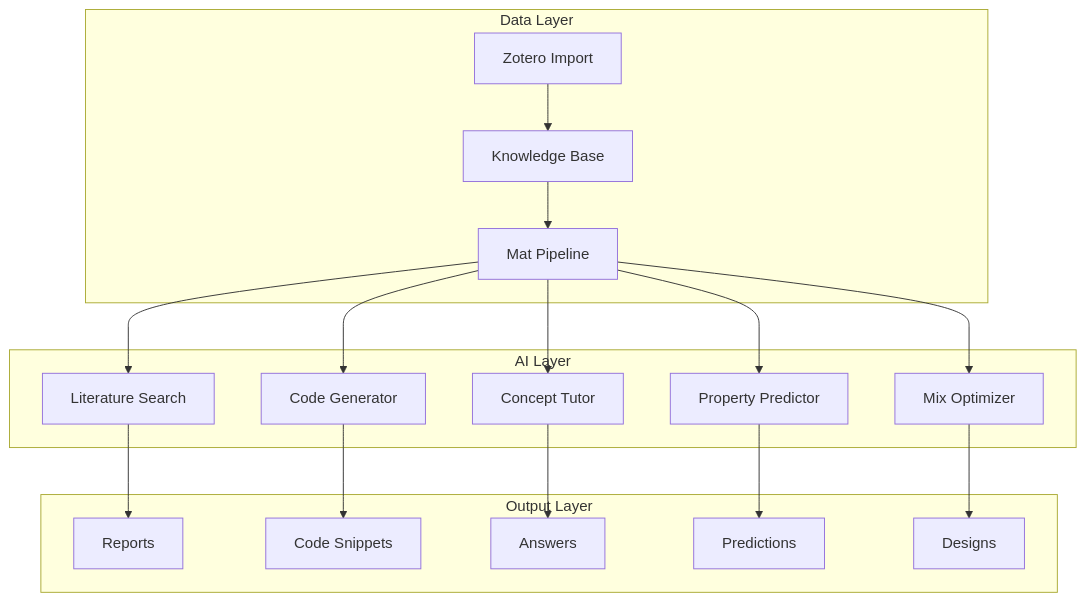
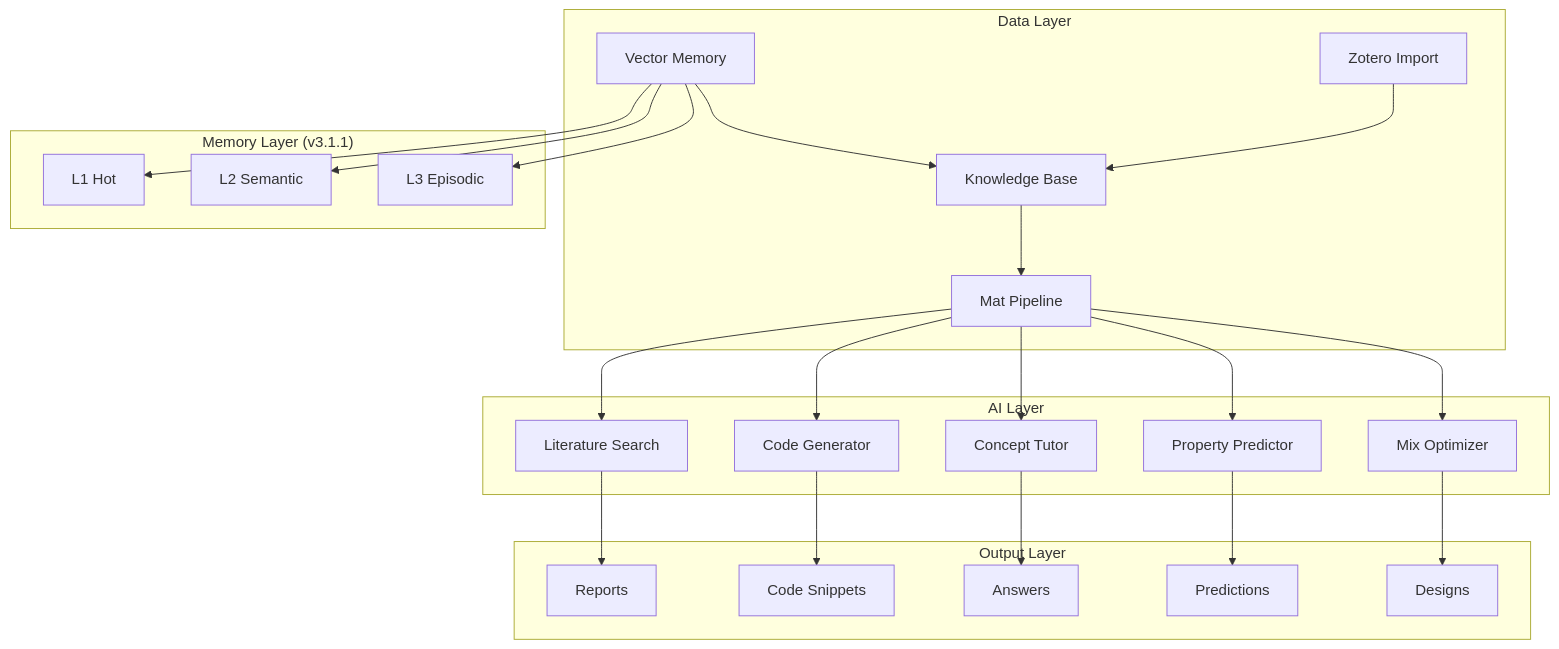
The diagram in README.md (tsingxuanhan/materials-ai-kit), drawn with Mermaid before and after one commit. The commit also changed other lines of this file, not shown here.

Commit message:
docs: update README with v3.1.1 vector memory

````diff
--- a/README.md
+++ b/README.md
@@ -55,23 +97,30 @@
 ```mermaid
 graph TB
     subgraph "Data Layer"
         KB[Knowledge Base] --> MP[Mat Pipeline]
         ZT[Zotero Import] --> KB
+        VM[Vector Memory] --> KB
     end
     
     subgraph "AI Layer"
         MP --> LS[Literature Search]
         MP --> CG[Code Generator]
         MP --> CT[Concept Tutor]
         MP --> PP[Property Predictor]
         MP --> MO[Mix Optimizer]
     end
     
+    subgraph "Memory Layer (v3.1.1)"
+        VM --> L1[L1 Hot]
+        VM --> L2[L2 Semantic]
+        VM --> L3[L3 Episodic]
+    end
+    
     subgraph "Output Layer"
         LS --> RP[Reports]
         CG --> CODE[Code Snippets]
         CT --> ANS[Answers]
         PP --> PRED[Predictions]
         MO --> DES[Designs]
     end
 ```
````
